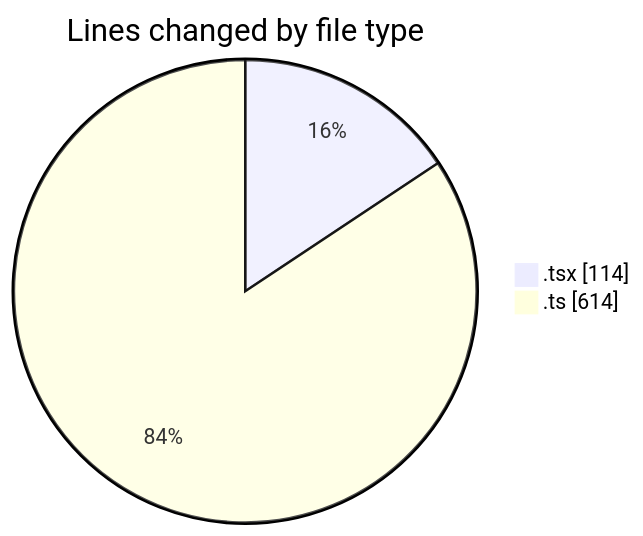
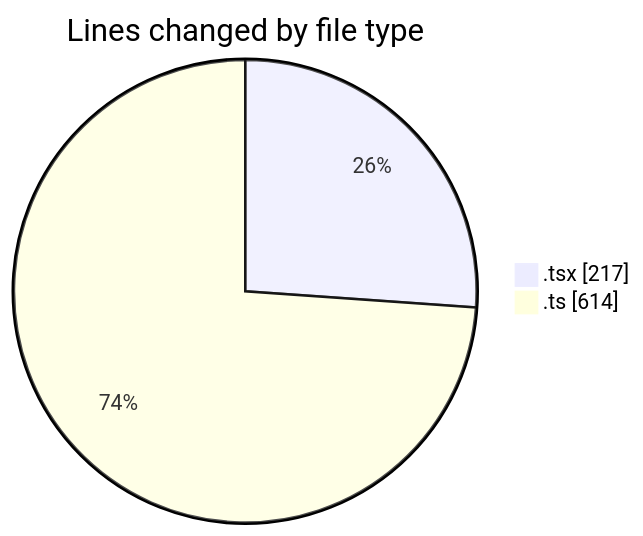
The first of 2 diagrams in 2026-05-18/nxtqube_webapp/README.md (nxtqubesakshisongat/code-tracking), drawn with Mermaid before and after one commit. The commit also changed other lines of this file and 1 other file, not shown here.

````diff
--- a/2026-05-18/nxtqube_webapp/README.md
+++ b/2026-05-18/nxtqube_webapp/README.md
@@ -23,6 +24,6 @@
 ```mermaid
 pie showData
 title Lines changed by file type
-".tsx" : 114
+".tsx" : 217
 ".ts" : 614
 ```
````
